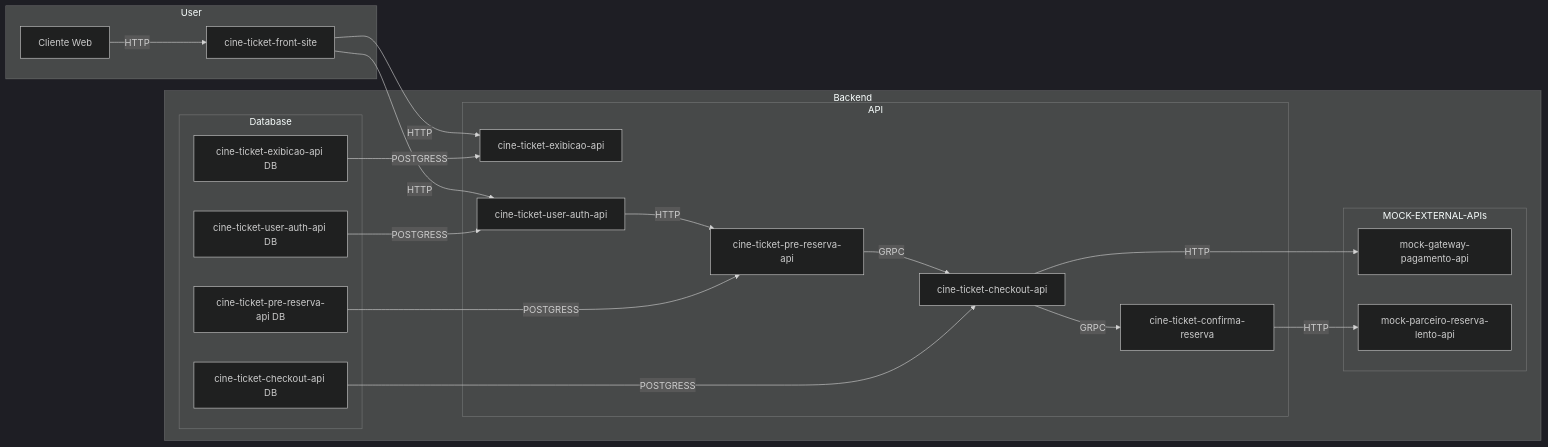
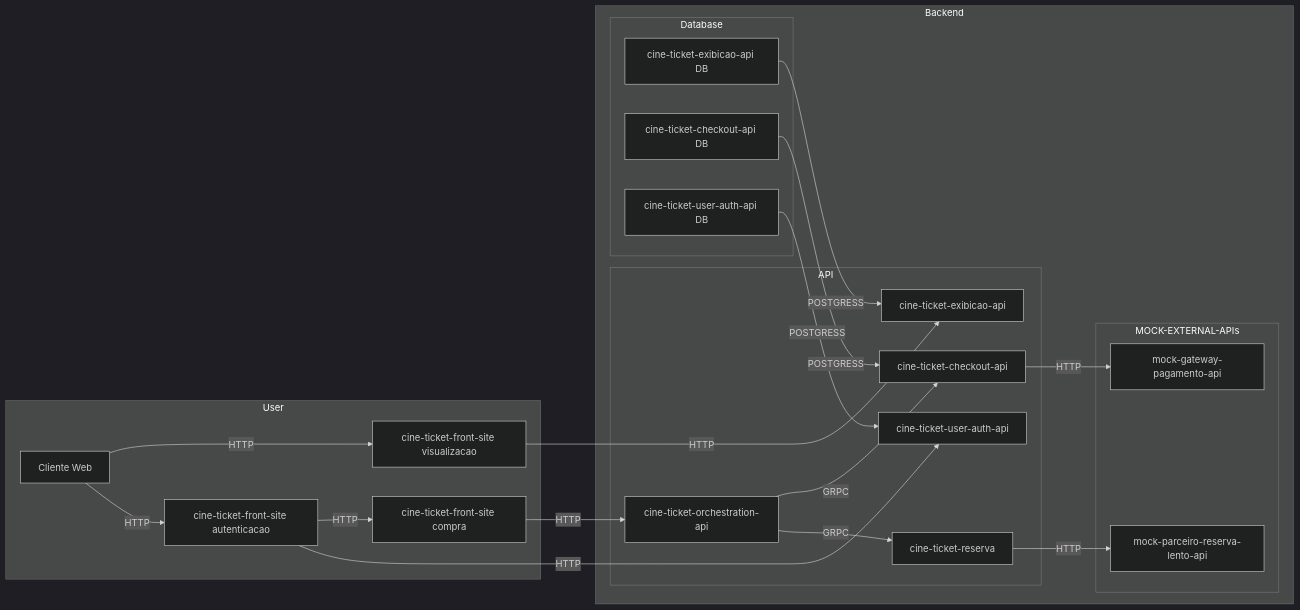
Before and after one commit to jtonynet/cine-ticket-study-microsservices: the diagram in README.md, drawn with Mermaid (dark theme). The commit also changed other lines of this file, not shown here.

````diff
--- a/README.md
+++ b/README.md
@@ -77,30 +79,30 @@
 ```mermaid
 graph LR
 
 subgraph User
-  A[Cliente Web] -->|HTTP| B[cine-ticket-front-site]
+  A[Cliente Web] -->|HTTP| B[cine-ticket-front-site visualizacao]
+  A -->|HTTP| D[cine-ticket-front-site autenticacao]
+  D -->|HTTP| C[cine-ticket-front-site compra]
 end
 
 subgraph Backend
   subgraph API
-    B -->|HTTP| C[cine-ticket-exibicao-api]
-    B -->|HTTP| D[cine-ticket-user-auth-api]
-    D -->|HTTP| E[cine-ticket-pre-reserva-api]
-    E -->|GRPC| F[cine-ticket-checkout-api]
-    F -->|GRPC| L[cine-ticket-confirma-reserva]
+    B -->|HTTP| E[cine-ticket-exibicao-api]
+    C -->|HTTP| N[cine-ticket-orchestration-api]
+    N -->|GRPC| F[cine-ticket-checkout-api]
+    N -->|GRPC| L[cine-ticket-reserva]
+    D -->|HTTP| O[cine-ticket-user-auth-api]
   end
   
   subgraph MOCK-EXTERNAL-APIs
     F -->|HTTP| G[mock-gateway-pagamento-api]
     L -->|HTTP| M[mock-parceiro-reserva-lento-api]
   end
   
   subgraph Database
-    H[cine-ticket-exibicao-api DB] -->|POSTGRESS| C
-    I[cine-ticket-user-auth-api DB] -->|POSTGRESS| D
-    J[cine-ticket-pre-reserva-api DB] -->|POSTGRESS| E
+    H[cine-ticket-exibicao-api DB] -->|POSTGRESS| E
     K[cine-ticket-checkout-api DB] -->|POSTGRESS| F
+    P[cine-ticket-user-auth-api DB] -->|POSTGRESS| O
   end
 end
-
 ``` 
````
